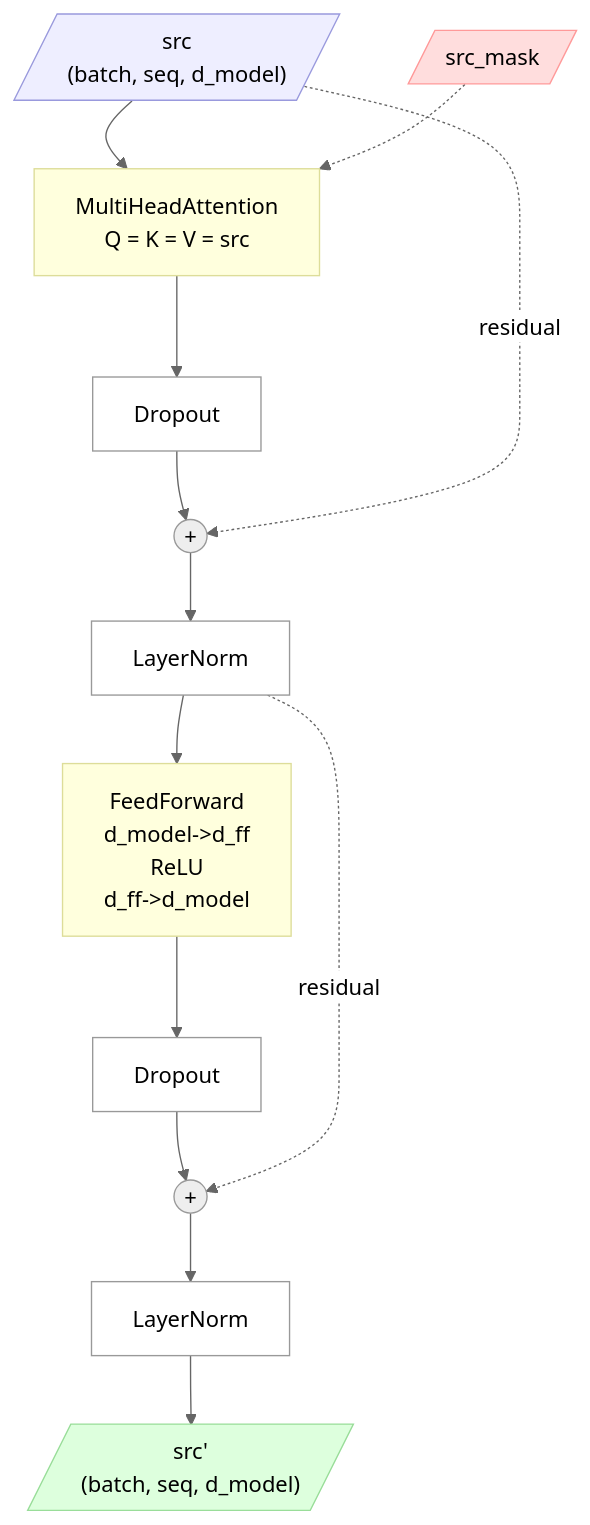
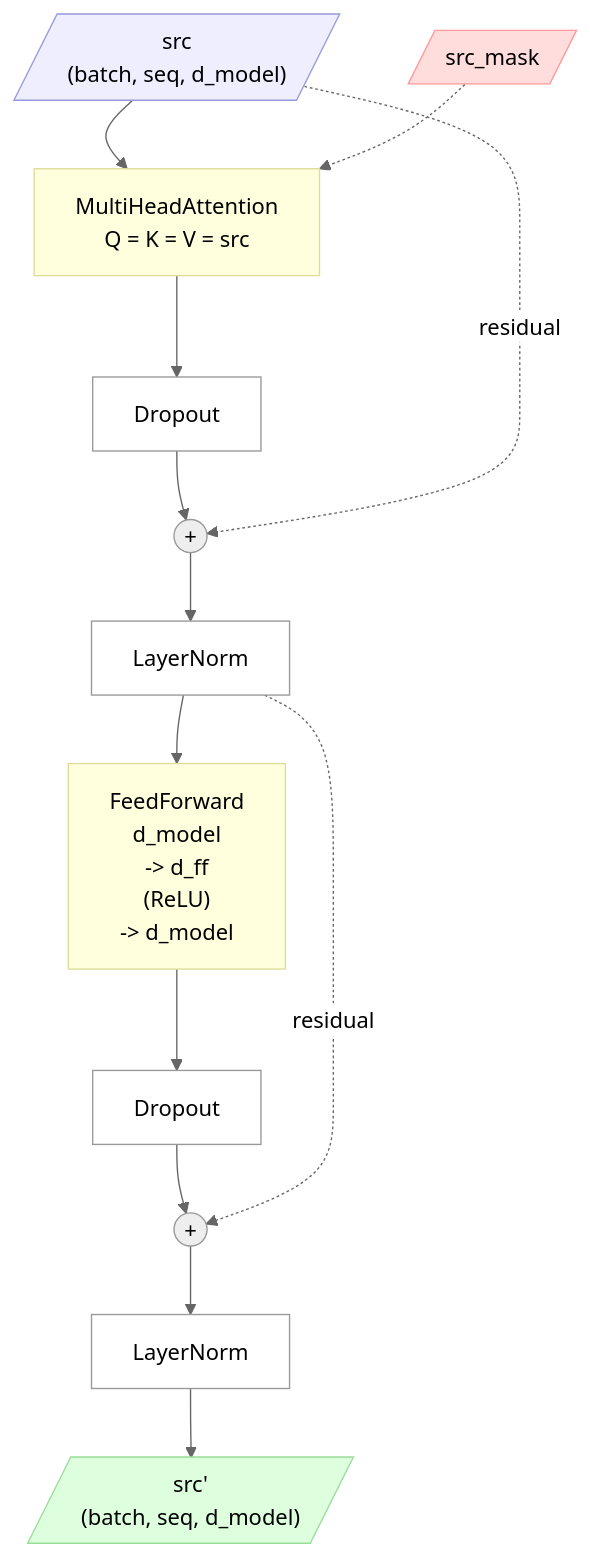
The first of 2 diagrams in transformer/docs/architecture/encoder.md (SamyamoyRakshit/papers-from-scratch), drawn with Mermaid (neutral theme) before and after one commit.

Commit message:
fix: Improve FeedForward layer flowchart syntax for clarity

````diff
--- a/transformer/docs/architecture/encoder.md
+++ b/transformer/docs/architecture/encoder.md
@@ -56,30 +56,30 @@
 ```mermaid
 flowchart TD
     IN[/"src<br/>(batch, seq, d_model)"/]
     MASK[/"src_mask"/]
 
     IN --> SA["MultiHeadAttention<br/>Q = K = V = src"]
     MASK -.-> SA
     SA --> D1["Dropout"]
     D1 --> ADD1(("+"))
     IN -.->|"residual"| ADD1
     ADD1 --> N1["LayerNorm"]
 
-    N1 --> FF["FeedForward<br/>d_model-&gt;d_ff<br/>ReLU<br/>d_ff-&gt;d_model"]
+    N1 --> FF["FeedForward<br/>d_model<br/>-> d_ff<br/>(ReLU)<br/>-> d_model"]
     FF --> D2["Dropout"]
     D2 --> ADD2(("+"))
     N1 -.->|"residual"| ADD2
     ADD2 --> N2["LayerNorm"]
 
     N2 --> OUT[/"src'<br/>(batch, seq, d_model)"/]
 
     style IN fill:#eef,stroke:#99d,color:#000
     style OUT fill:#dfd,stroke:#9d9,color:#000
     style MASK fill:#fdd,stroke:#f99,color:#000
     style SA fill:#ffd,stroke:#dd9,color:#000
     style FF fill:#ffd,stroke:#dd9,color:#000
     style D1 fill:#fff,stroke:#999,color:#000
     style D2 fill:#fff,stroke:#999,color:#000
     style N1 fill:#fff,stroke:#999,color:#000
     style N2 fill:#fff,stroke:#999,color:#000
 ```
````
